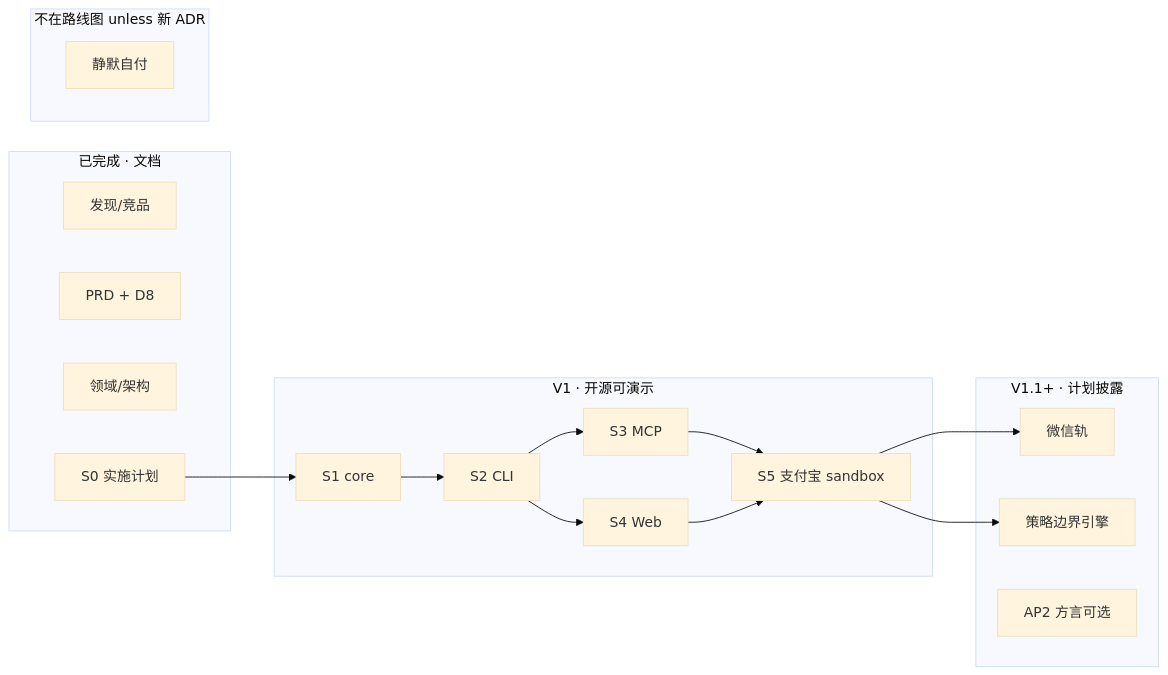
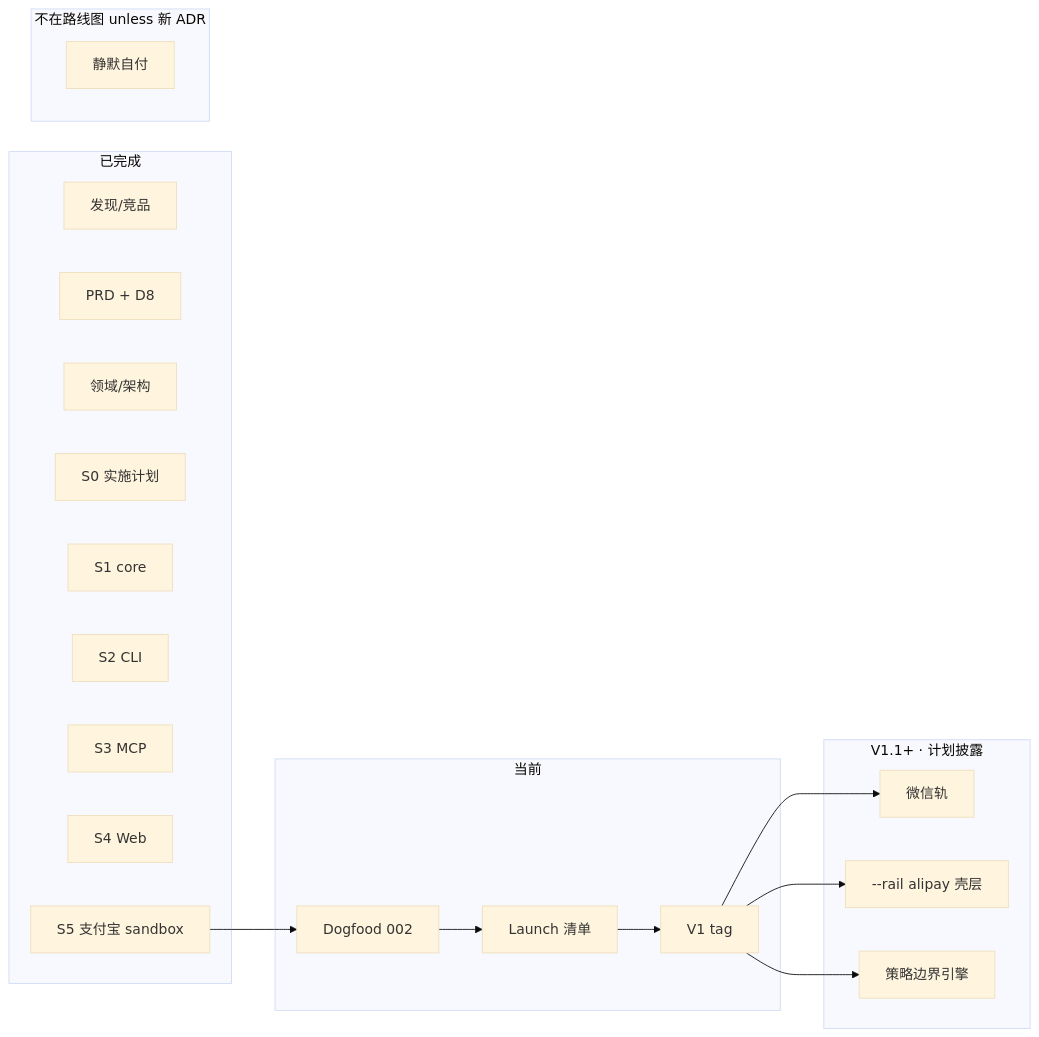
Before and after one commit to NinjaSln-labs/qingfu-envoy: the diagram in ROADMAP.md, drawn with Mermaid (base theme). The commit also changed other lines of this file and 9 other files, not shown here.

````diff
--- a/ROADMAP.md
+++ b/ROADMAP.md
@@ -28,31 +29,31 @@
 ```mermaid
 flowchart LR
-  subgraph done [已完成 · 文档]
+  subgraph done [已完成]
     D0[发现/竞品]
     D1[PRD + D8]
     D2[领域/架构]
     D3[S0 实施计划]
-  end
-  subgraph v1 [V1 · 开源可演示]
     S1[S1 core]
     S2[S2 CLI]
     S3[S3 MCP]
     S4[S4 Web]
     S5[S5 支付宝 sandbox]
   end
+  subgraph now [当前]
+    DF[Dogfood 002]
+    LP[Launch 清单]
+    V1[V1 tag]
+  end
   subgraph later [V1.1+ · 计划披露]
     W[微信轨]
+    R[--rail alipay 壳层]
     P[策略边界引擎]
-    O[AP2 方言可选]
   end
   subgraph never [不在路线图 unless 新 ADR]
     X[静默自付]
   end
-  D3 --> S1 --> S2
-  S2 --> S3
-  S2 --> S4
-  S3 --> S5
-  S4 --> S5
-  S5 --> W
-  S5 --> P
+  S5 --> DF --> LP --> V1
+  V1 --> W
+  V1 --> R
+  V1 --> P
 ```
````
